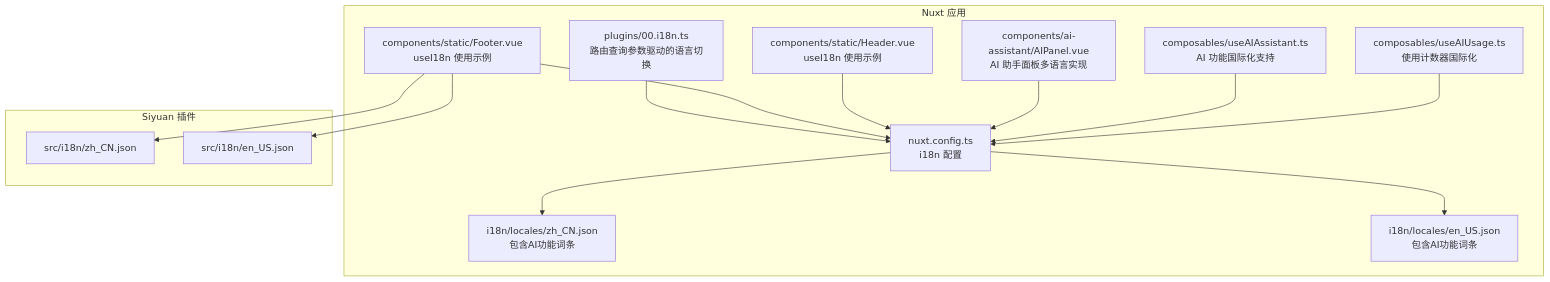
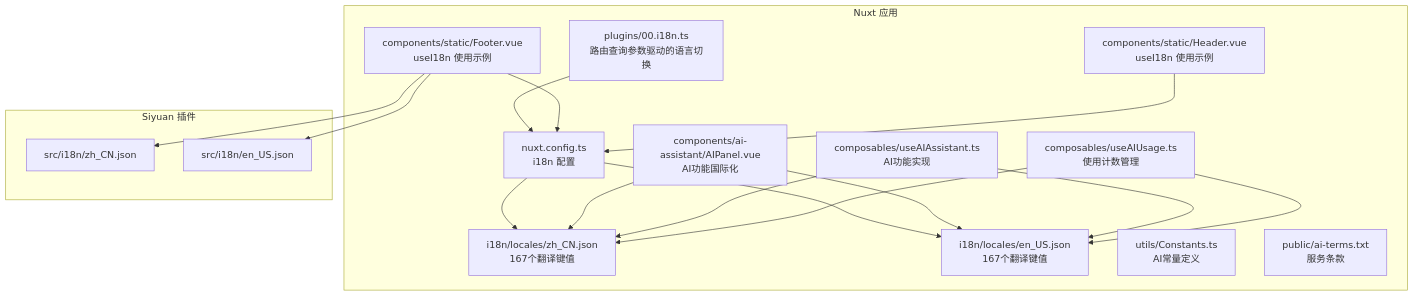
The first of 4 diagrams in .qoder/repowiki/zh/content/核心功能/设置管理系统/多语言支持.md (terwer/siyuan-plugin-blog), drawn with Mermaid before and after one commit. The commit also changed other lines of this file and 16 other files, not shown here.

````diff
--- a/.qoder/repowiki/zh/content/核心功能/设置管理系统/多语言支持.md
+++ b/.qoder/repowiki/zh/content/核心功能/设置管理系统/多语言支持.md
@@ -46,28 +48,33 @@
 ```mermaid
 graph TB
 subgraph "Nuxt 应用"
 NC["nuxt.config.ts<br/>i18n 配置"]
 NP["plugins/00.i18n.ts<br/>路由查询参数驱动的语言切换"]
 NF["components/static/Footer.vue<br/>useI18n 使用示例"]
 NH["components/static/Header.vue<br/>useI18n 使用示例"]
-AIPanel["components/ai-assistant/AIPanel.vue<br/>AI 助手面板多语言实现"]
-AIAssistant["composables/useAIAssistant.ts<br/>AI 功能国际化支持"]
-AIUsage["composables/useAIUsage.ts<br/>使用计数器国际化"]
-L_ZH["i18n/locales/zh_CN.json<br/>包含AI功能词条"]
-L_EN["i18n/locales/en_US.json<br/>包含AI功能词条"]
+L_ZH["i18n/locales/zh_CN.json<br/>167个翻译键值"]
+L_EN["i18n/locales/en_US.json<br/>167个翻译键值"]
+AIPanel["components/ai-assistant/AIPanel.vue<br/>AI功能国际化"]
+AIAssistant["composables/useAIAssistant.ts<br/>AI功能实现"]
+AIUsage["composables/useAIUsage.ts<br/>使用计数管理"]
+Constants["utils/Constants.ts<br/>AI常量定义"]
+AITerms["public/ai-terms.txt<br/>服务条款"]
 end
 subgraph "Siyuan 插件"
 SZH["src/i18n/zh_CN.json"]
 SEN["src/i18n/en_US.json"]
 end
 NC --> L_ZH
 NC --> L_EN
 NP --> NC
 NF --> NC
 NH --> NC
-AIPanel --> NC
-AIAssistant --> NC
-AIUsage --> NC
 NF --> SZH
 NF --> SEN
+AIPanel --> L_ZH
+AIPanel --> L_EN
+AIAssistant --> L_ZH
+AIAssistant --> L_EN
+AIUsage --> L_ZH
+AIUsage --> L_EN
 ```
````
